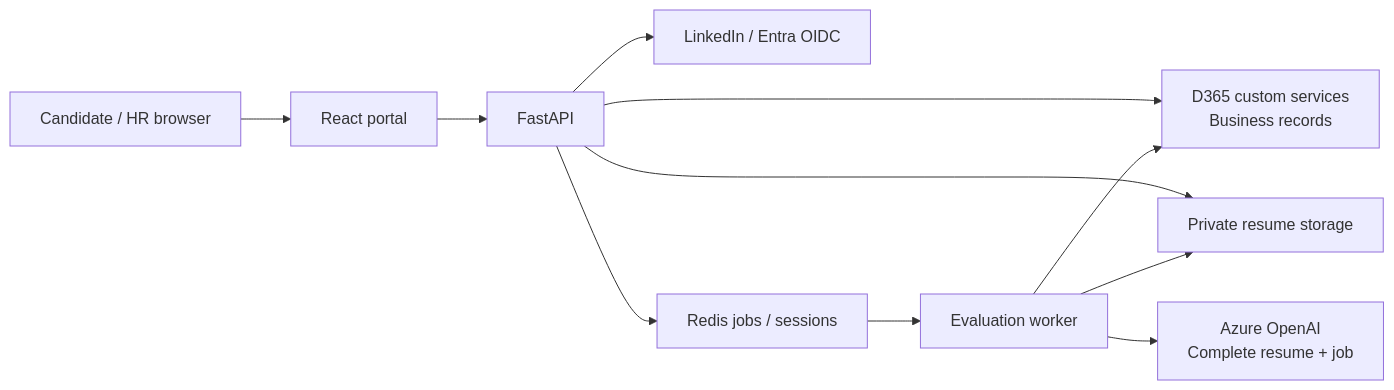
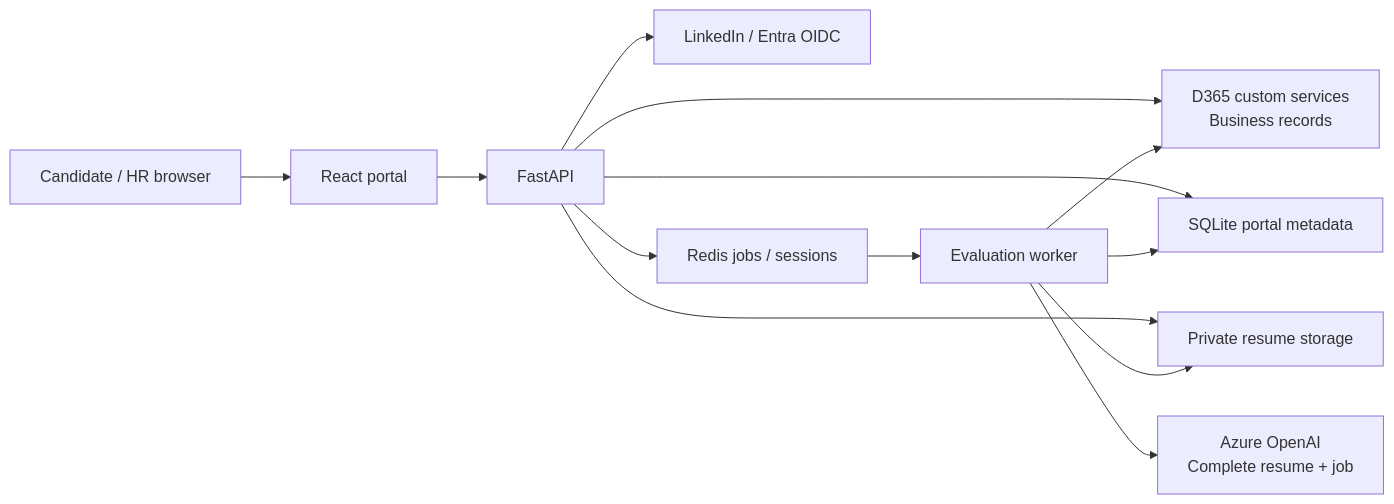
One commit to SriTharoon05/UB_HRProcess_Agent changed the diagram in README.md. Above: the diagram before and after it, drawn with Mermaid. The commit also changed other lines of this file and 48 other files, not shown here.

Commit message:
Use existing F&O tables and SQLite for recruitment portal metadata

````diff
--- a/README.md
+++ b/README.md
@@ -30,13 +31,15 @@
 ```mermaid
 flowchart LR
     Browser[Candidate / HR browser] --> React[React portal]
     React --> API[FastAPI]
     API --> OIDC[LinkedIn / Entra OIDC]
     API --> D365[D365 custom services\nBusiness records]
+    API --> SQLite[SQLite portal metadata]
     API --> Blob[Private resume storage]
     API --> Queue[Redis jobs / sessions]
     Queue --> Worker[Evaluation worker]
     Worker --> Blob
     Worker --> AI[Azure OpenAI\nComplete resume + job]
     Worker --> D365
+    Worker --> SQLite
 ```
````
